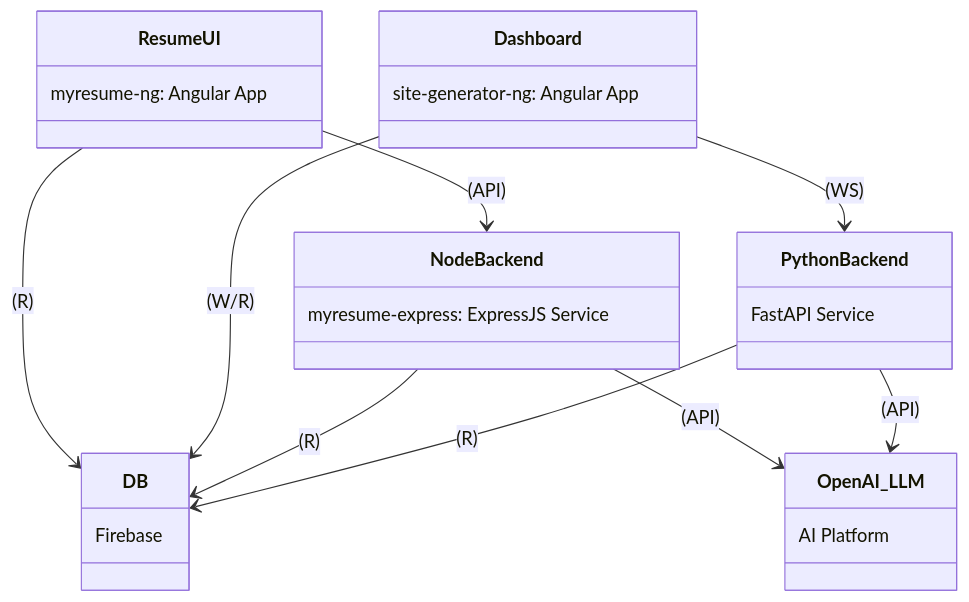
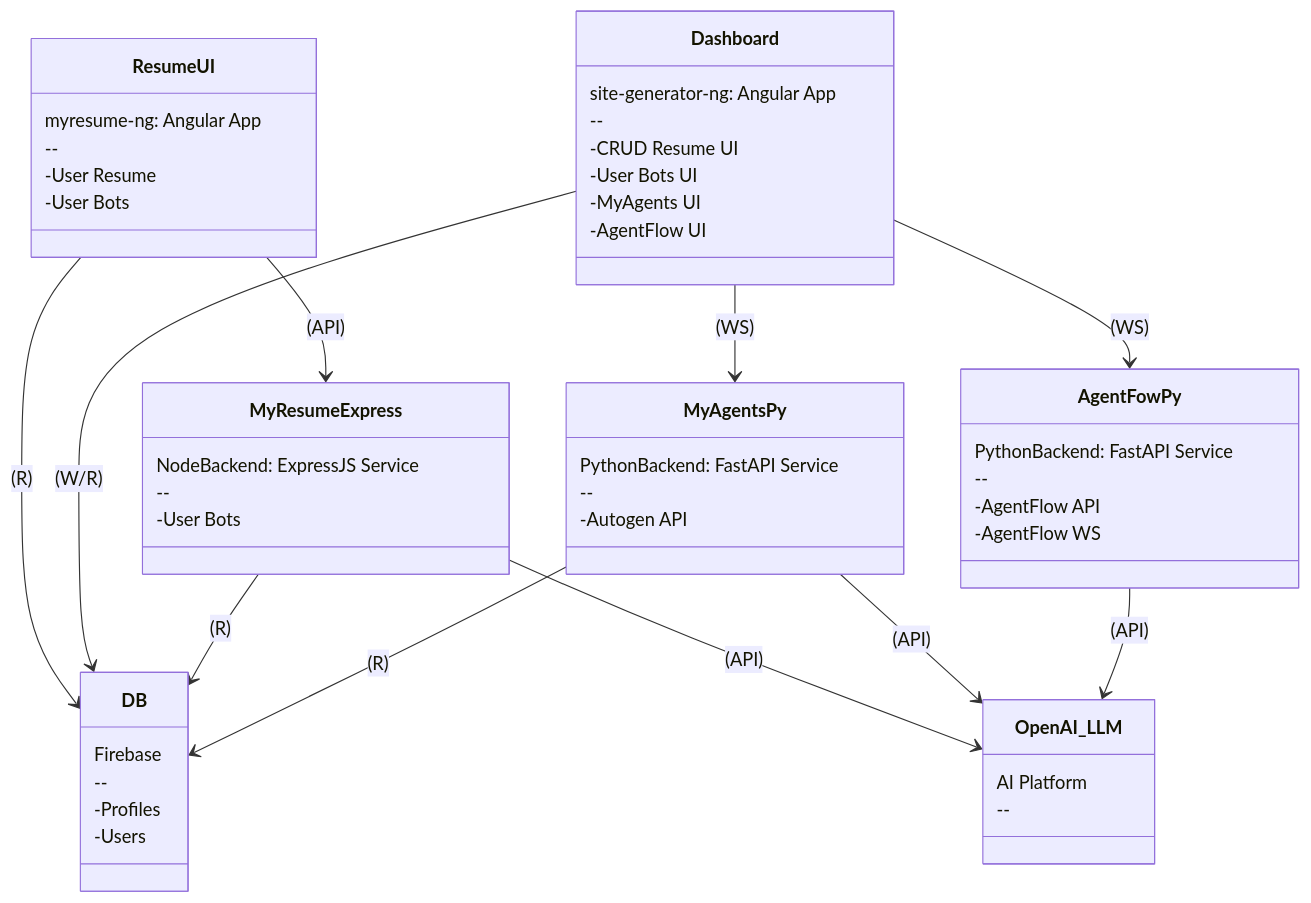
The diagram in README.md (thaer899/connectorzzz), drawn with Mermaid before and after one commit.

````diff
--- a/README.md
+++ b/README.md
@@ -24,34 +24,58 @@
 ```mermaid
 %%{init: {'theme': 'default'}}%%
 classDiagram
     class DB {
         Firebase
+        --
+        -Profiles
+        -Users
     }
     class ResumeUI {
         myresume-ng: Angular App
+        --
+        -User Resume
+        -User Bots
     }
     class Dashboard {
         site-generator-ng: Angular App
+        --
+        -CRUD Resume UI
+        -User Bots UI
+        -MyAgents UI
+        -AgentFlow UI
     }
-    class NodeBackend {
-        myresume-express: ExpressJS Service
+    class MyResumeExpress {
+        NodeBackend: ExpressJS Service
+        --
+        -User Bots
     }
-    class PythonBackend {
-        FastAPI Service
+    class MyAgentsPy {
+        PythonBackend: FastAPI Service
+        --
+        -Autogen API
+    }
+    class AgentFowPy {
+        PythonBackend: FastAPI Service
+        --
+        -AgentFlow API
+        -AgentFlow WS
     }
     class OpenAI_LLM {
         AI Platform
+        --
     }
 
     %% Connections
-    ResumeUI --> DB : (R)
-    Dashboard --> DB : (W/R)
-    ResumeUI --> NodeBackend : (API)
-    NodeBackend --> DB : (R)
-    NodeBackend --> OpenAI_LLM : (API)
-    Dashboard --> PythonBackend : (WS)
-    PythonBackend --> DB : (R)
-    PythonBackend --> OpenAI_LLM : (API)
+    ResumeUI --> DB :  (R)
+    Dashboard --> DB :  (W/R)
+    ResumeUI --> MyResumeExpress : (API)
+    MyResumeExpress --> DB :  (R)
+    MyResumeExpress --> OpenAI_LLM : (API)
+    Dashboard --> MyAgentsPy :  (WS)
+    MyAgentsPy --> DB :  (R)
+    MyAgentsPy --> OpenAI_LLM : (API)
+    Dashboard --> AgentFowPy :  (WS)
+    AgentFowPy --> OpenAI_LLM : (API)
 
 
 ```
````
